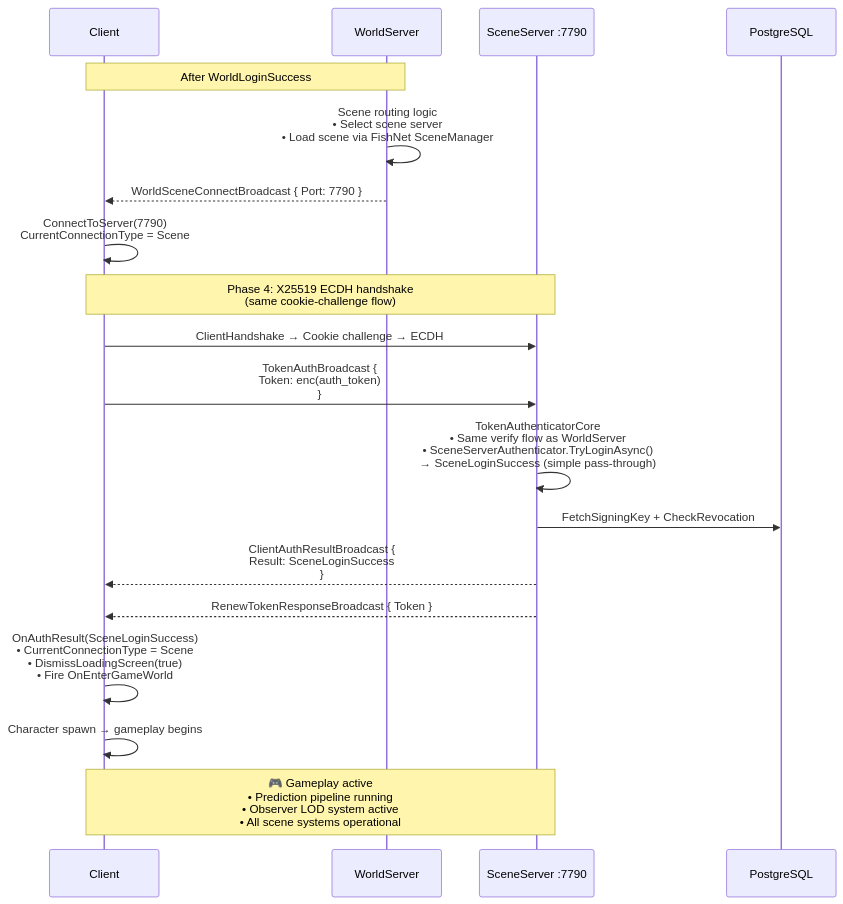
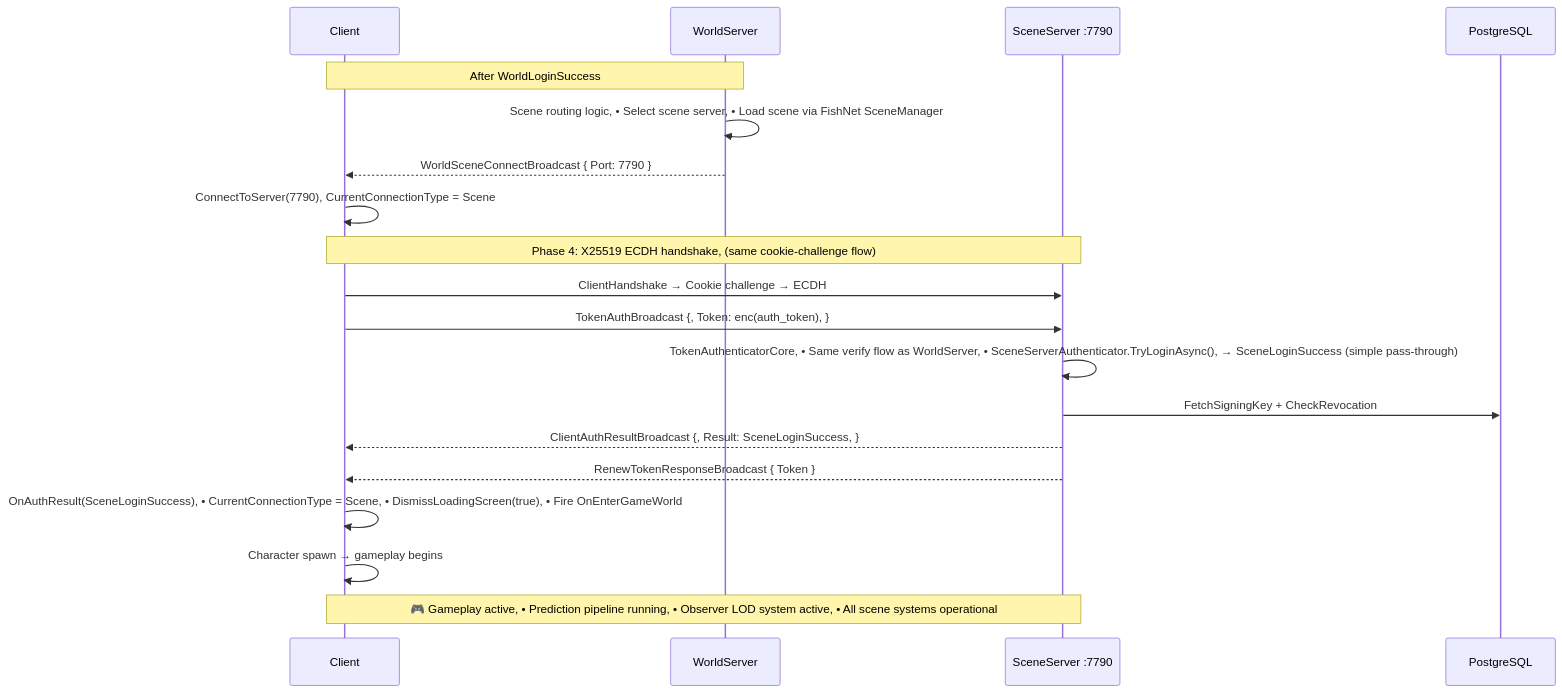
One commit to jimdroberts/FishMMO changed the ninth of 11 diagrams in CONNECTION_PIPELINE.md. Above: the diagram before and after it, drawn with Mermaid. The commit also changed other lines of this file, not shown here.

````diff
--- a/CONNECTION_PIPELINE.md
+++ b/CONNECTION_PIPELINE.md
@@ -408,34 +408,34 @@
 ```mermaid
 sequenceDiagram
     participant Client as Client
     participant World as WorldServer
     participant Scene as SceneServer :7790
     participant DB as PostgreSQL
 
     Note over Client,World: After WorldLoginSuccess
 
-    World->>World: Scene routing logic<br/>• Select scene server<br/>• Load scene via FishNet SceneManager
+    World->>World: Scene routing logic, • Select scene server, • Load scene via FishNet SceneManager
 
     World-->>Client: WorldSceneConnectBroadcast { Port: 7790 }
 
-    Client->>Client: ConnectToServer(7790)<br/>CurrentConnectionType = Scene
+    Client->>Client: ConnectToServer(7790), CurrentConnectionType = Scene
 
-    Note over Client,Scene: Phase 4: X25519 ECDH handshake<br/>(same cookie-challenge flow)
+    Note over Client,Scene: Phase 4: X25519 ECDH handshake, (same cookie-challenge flow)
 
     Client->>Scene: ClientHandshake → Cookie challenge → ECDH
 
-    Client->>Scene: TokenAuthBroadcast {<br/>  Token: enc(auth_token)<br/>}
+    Client->>Scene: TokenAuthBroadcast {,   Token: enc(auth_token), }
 
-    Scene->>Scene: TokenAuthenticatorCore<br/>• Same verify flow as WorldServer<br/>• SceneServerAuthenticator.TryLoginAsync()<br/>  → SceneLoginSuccess (simple pass-through)
+    Scene->>Scene: TokenAuthenticatorCore, • Same verify flow as WorldServer, • SceneServerAuthenticator.TryLoginAsync(),   → SceneLoginSuccess (simple pass-through)
 
     Scene->>DB: FetchSigningKey + CheckRevocation
 
-    Scene-->>Client: ClientAuthResultBroadcast {<br/>  Result: SceneLoginSuccess<br/>}
+    Scene-->>Client: ClientAuthResultBroadcast {,   Result: SceneLoginSuccess, }
     Scene-->>Client: RenewTokenResponseBroadcast { Token }
 
-    Client->>Client: OnAuthResult(SceneLoginSuccess)<br/>• CurrentConnectionType = Scene<br/>• DismissLoadingScreen(true)<br/>• Fire OnEnterGameWorld
+    Client->>Client: OnAuthResult(SceneLoginSuccess), • CurrentConnectionType = Scene, • DismissLoadingScreen(true), • Fire OnEnterGameWorld
 
     Client->>Client: Character spawn → gameplay begins
 
-    Note over Client,Scene: 🎮 Gameplay active<br/>• Prediction pipeline running<br/>• Observer LOD system active<br/>• All scene systems operational
+    Note over Client,Scene: 🎮 Gameplay active, • Prediction pipeline running, • Observer LOD system active, • All scene systems operational
 ```
````
